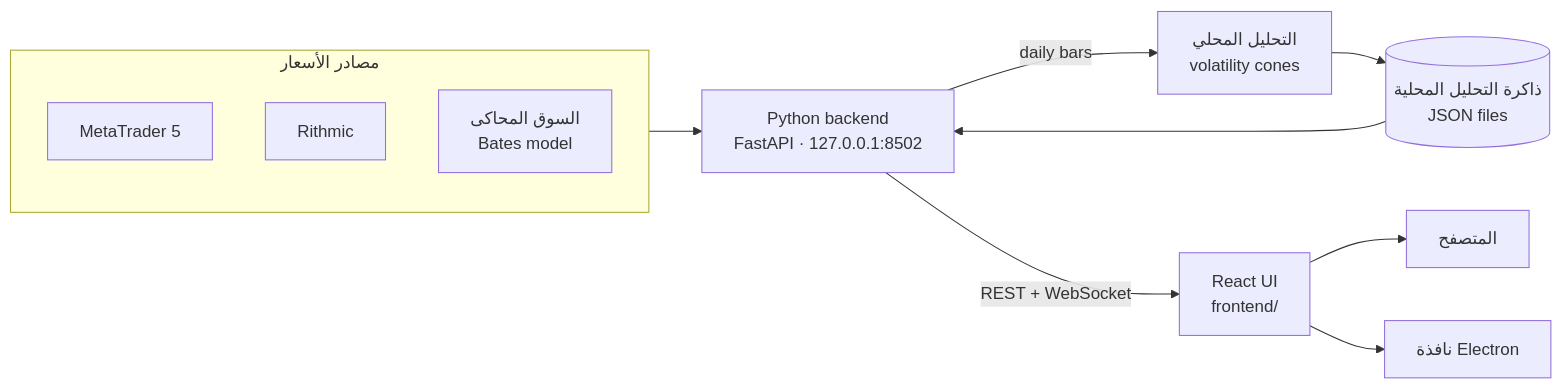
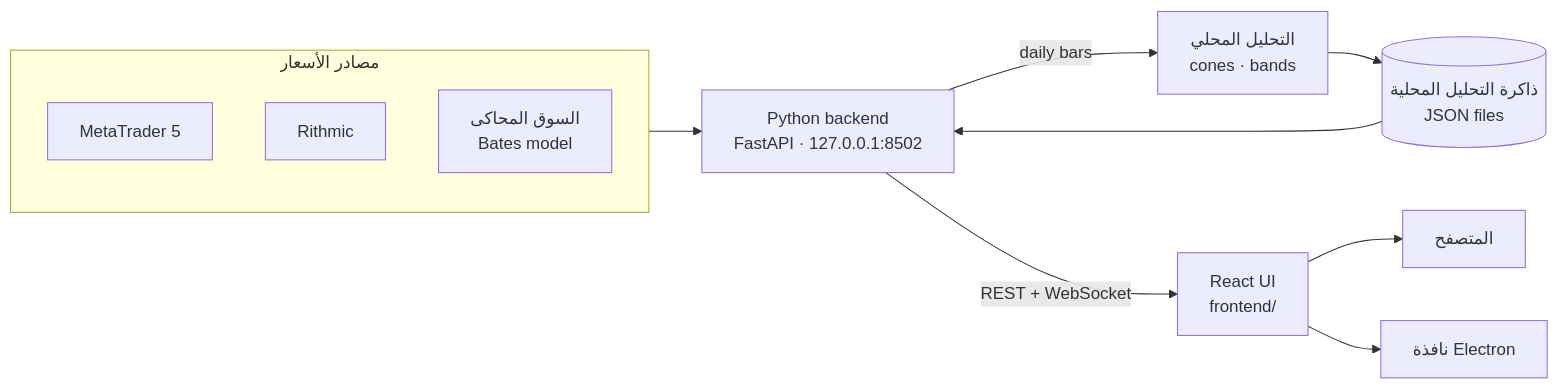
Before and after one commit to wJubran/QuantumTerminal: the diagram in README.ar.md, drawn with Mermaid. The commit also changed other lines of this file and 15 other files, not shown here.

````diff
--- a/README.ar.md
+++ b/README.ar.md
@@ -297,16 +318,16 @@
 ```mermaid
 flowchart LR
     subgraph feeds["مصادر الأسعار"]
         MT5["MetaTrader 5"]
         RITH["Rithmic"]
         SIM["السوق المحاكى<br/>Bates model"]
     end
     CACHE[("ذاكرة التحليل المحلية<br/>JSON files")]
     feeds --> API["Python backend<br/>FastAPI · 127.0.0.1:8502"]
-    API -- "daily bars" --> ENGINE["التحليل المحلي<br/>volatility cones"]
+    API -- "daily bars" --> ENGINE["التحليل المحلي<br/>cones · bands"]
     ENGINE --> CACHE
     CACHE --> API
     API -- "REST + WebSocket" --> UI["React UI<br/>frontend/"]
     UI --> BROWSER["المتصفح"]
     UI --> ELECTRON["نافذة Electron"]
 ```
````
